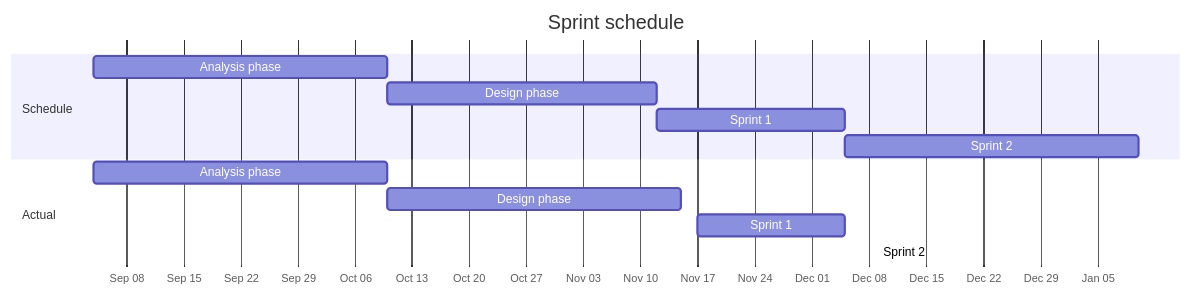
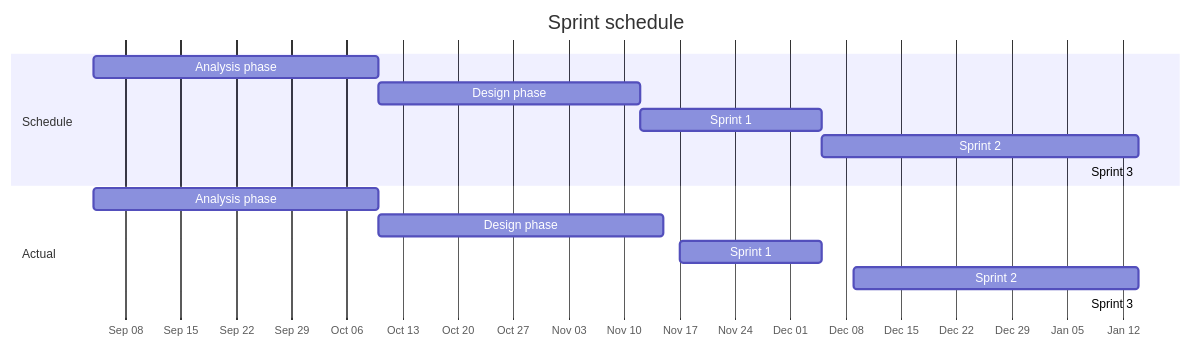
The seventh of 9 diagrams in docs/readme.md (RandomSearch18/a-level-project), drawn with Mermaid before and after one commit. The commit also changed other lines of this file, not shown here.

Commit message:
Add end date for Sprint 2

````diff
--- a/docs/readme.md
+++ b/docs/readme.md
@@ -1502,17 +1502,19 @@
 ```mermaid
 gantt
   title Sprint schedule
   dateFormat YYYY-MM-DD
   axisFormat %b %d
   tickInterval 1week
   section Schedule
     Analysis phase: 2024-09-04, 2024-10-10
     Design phase: 2024-10-10, 2024-11-12
     Sprint 1: 2024-11-12, 2024-12-05
-    Sprint 2: 2024-12-05, 2025-01-10
+    Sprint 2: 2024-12-05, 2025-01-14
+    Sprint 3: 2025-01-14,
   section Actual
     Analysis phase: 2024-09-04, 2024-10-10
     Design phase: 2024-10-10, 2024-11-15
     Sprint 1: 2024-11-17, 2024-12-05
-    Sprint 2: 2024-12-09,
+    Sprint 2: 2024-12-09, 2025-01-14
+    Sprint 3: 2025-01-14,
 ```
````
